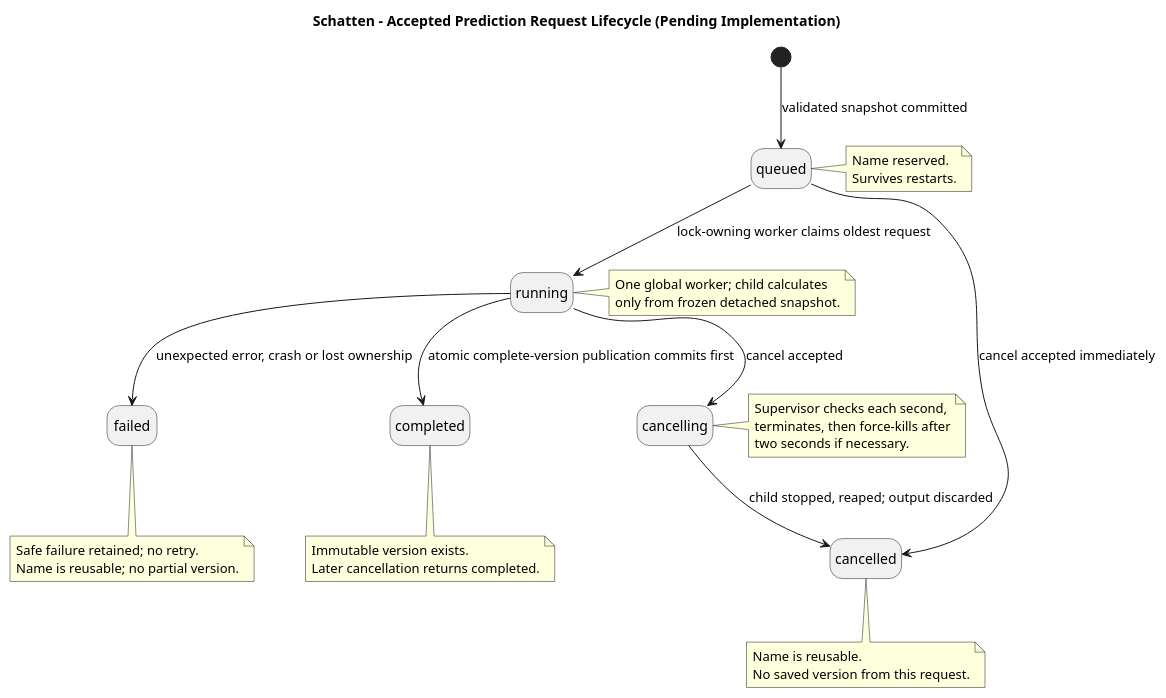
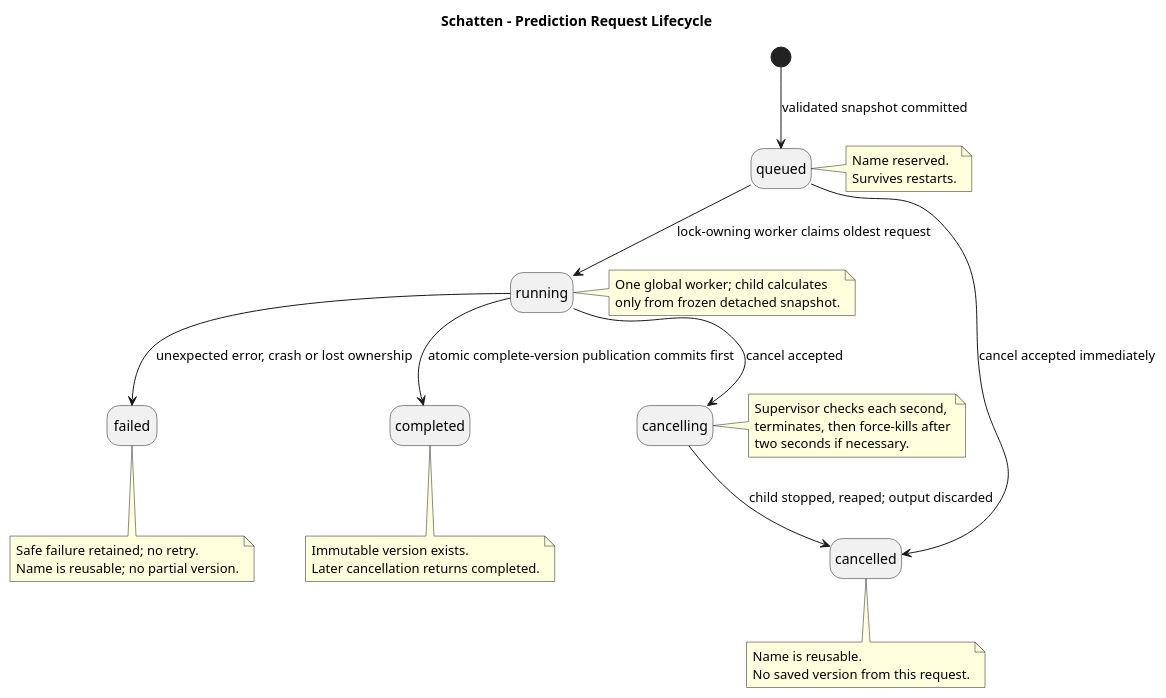
One commit to lupaus-eu/shadow changed the diagram in docs/diagrams/state-forecasting-prediction-request.puml. Above: the diagram before and after it, drawn with PlantUML. The commit also changed 29 other files, not shown here.

First line of the commit message:
feature(predictions): durable prediction request worker (#77)

```diff
--- a/docs/diagrams/state-forecasting-prediction-request.puml
+++ b/docs/diagrams/state-forecasting-prediction-request.puml
@@ -1,44 +1,44 @@
 @startuml
-title Schatten - Accepted Prediction Request Lifecycle (Pending Implementation)
+title Schatten - Prediction Request Lifecycle
 
 hide empty description
 
 [*] --> queued : validated snapshot committed
 queued --> running : lock-owning worker claims oldest request
 queued --> cancelled : cancel accepted immediately
 running --> cancelling : cancel accepted
 cancelling --> cancelled : child stopped, reaped; output discarded
 running --> failed : unexpected error, crash or lost ownership
 running --> completed : atomic complete-version publication commits first
 
 note right of queued
   Name reserved.
   Survives restarts.
 end note
 
 note right of running
   One global worker; child calculates
   only from frozen detached snapshot.
 end note
 
 note right of cancelling
   Supervisor checks each second,
   terminates, then force-kills after
   two seconds if necessary.
 end note
 
 note bottom of completed
   Immutable version exists.
   Later cancellation returns completed.
 end note
 
 note bottom of cancelled
   Name is reusable.
   No saved version from this request.
 end note
 
 note bottom of failed
   Safe failure retained; no retry.
   Name is reusable; no partial version.
 end note
 @enduml
```
